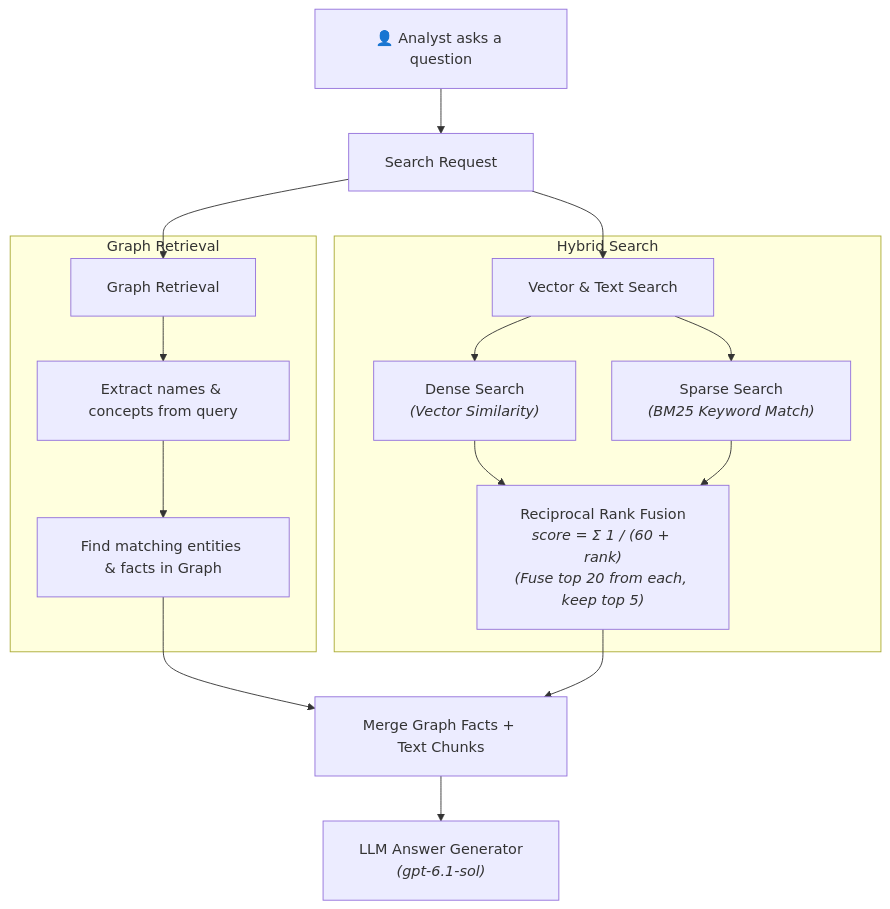
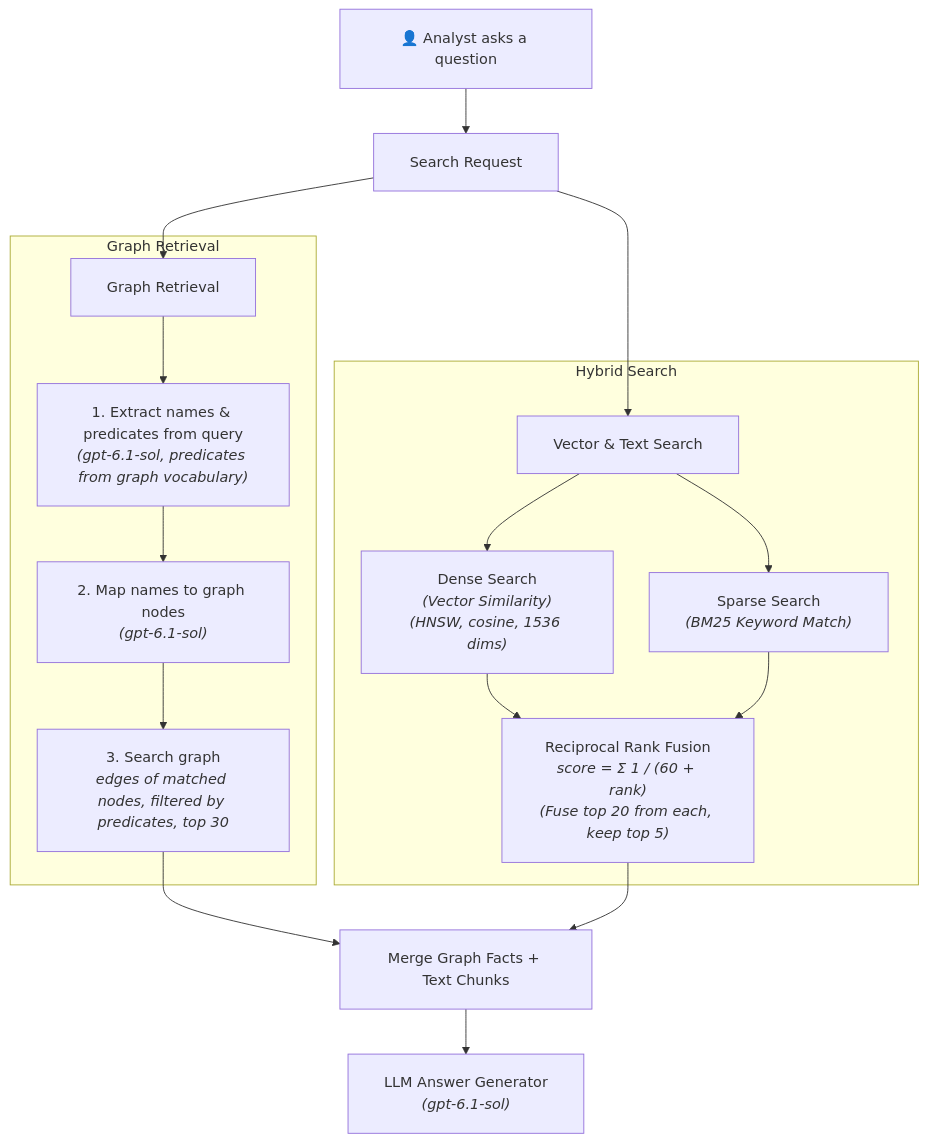
Before and after one commit to NickRumenov1/next-insights-rag: the second of 2 diagrams in README.md, drawn with Mermaid. The commit also changed 5 other files, not shown here.

Commit message:
diagram improvements and commiting last evaluation report

````diff
--- a/README.md
+++ b/README.md
@@ -70,25 +70,26 @@
 ```mermaid
 %%{init: {"themeVariables": {"fontSize": "16"}, "flowchart": {"padding": 20, "nodeSpacing": 40, "rankSpacing": 50}}}%%
 flowchart TD
     User["👤 Analyst asks a question"] --> API["Search Request"]
 
     API --> GraphSearch["Graph Retrieval"]
     API --> HybridSearch["Vector & Text Search"]
 
     subgraph Graph Retrieval
-        GraphSearch --> ExtractEntities["Extract names & concepts from query"]
-        ExtractEntities --> MatchGraph["Find matching entities & facts in Graph"]
+        GraphSearch --> ExtractEntities["1. Extract names & predicates from query<br/><i>(gpt-6.1-sol, predicates from graph vocabulary)</i>"]
+        ExtractEntities --> MapNodes["2. Map names to graph nodes<br/><i>(gpt-6.1-sol)</i>"]
+        MapNodes --> MatchGraph["3. Search graph<br/><i>edges of matched nodes, filtered by predicates, top 30</i>"]
     end
 
     subgraph Hybrid Search
-        HybridSearch --> Semantic["Dense Search<br/><i>(Vector Similarity)</i>"]
+        HybridSearch --> Semantic["Dense Search<br/><i>(Vector Similarity)</i><br/><i>(HNSW, cosine, 1536 dims)</i>"]
         HybridSearch --> Keyword["Sparse Search<br/><i>(BM25 Keyword Match)</i>"]
         Semantic --> Combine["Reciprocal Rank Fusion<br/><i>score = Σ 1 / (60 + rank)</i><br/><i>(Fuse top 20 from each, keep top 5)</i>"]
         Keyword --> Combine
     end
 
     MatchGraph --> Merge["Merge Graph Facts + Text Chunks"]
     Combine --> Merge
 
     Merge --> LLM["LLM Answer Generator<br/><i>(gpt-6.1-sol)</i>"]
 ```
````
